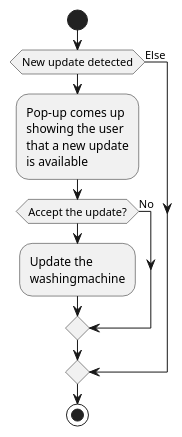
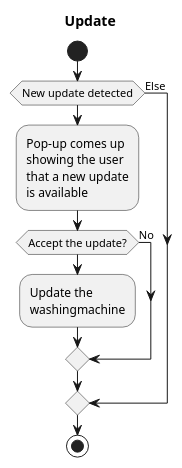
One commit to martijnvandijk/th06 changed the fourth of 5 diagrams in Documentatie/Source/Modellen/activitydiagram.puml. Above: the diagram before and after it, drawn with PlantUML. The commit also changed other lines of this file, not shown here.

Commit message:
edited activity diagram

```diff
--- a/Documentatie/Source/Modellen/activitydiagram.puml
+++ b/Documentatie/Source/Modellen/activitydiagram.puml
@@ -71,16 +61,17 @@
 @startuml
+title Update
 start
 if (New update detected) then
 	:Pop-up comes up
 	showing the user
 	that a new update
 	is available;
 	if (Accept the update?) then
 		:Update the
 		washingmachine;
 	else (No)
 	endif
 else (Else)
 endif
 stop
 @enduml
```
